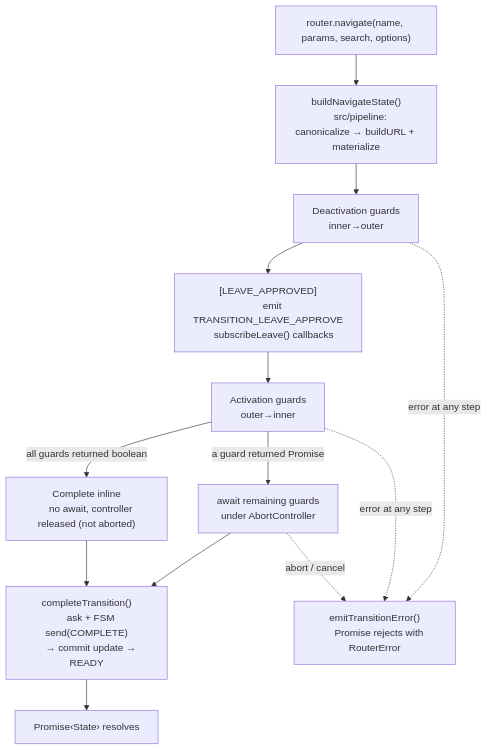
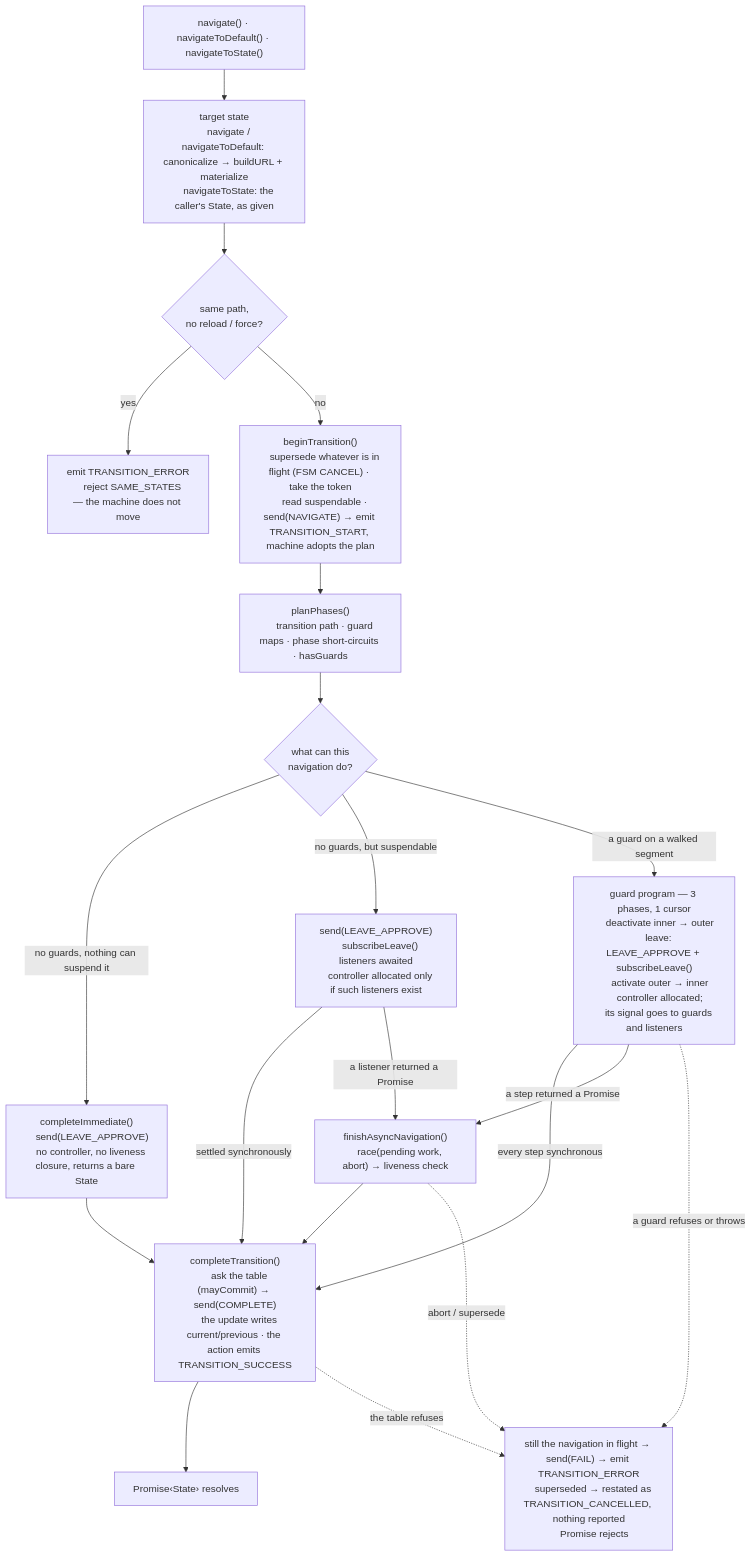
One commit to greydragon888/real-router changed the third of 3 diagrams in ARCHITECTURE.md. Above: the diagram before and after it, drawn with Mermaid. The commit also changed other lines of this file and 29 other files, not shown here.

Commit message:
fix(core): the navigation's identity is the machine's, not the caller's (#1648 #1664) + three table predicates retired (#1669 #1670 #1671) + their records (#1672) (#1673)

````diff
--- a/ARCHITECTURE.md
+++ b/ARCHITECTURE.md
@@ -347,36 +379,60 @@
 ```mermaid
 flowchart TD
-    NAV["router.navigate(name, params, search, options)"] --> BUILD
-    BUILD["buildNavigateState()
-    src/pipeline: canonicalize → buildURL + materialize"] --> DEACTIVATE
-    DEACTIVATE["Deactivation guards
-    inner→outer"]
+    ENTRY["navigate() · navigateToDefault() · navigateToState()"] --> BUILD
 
-    DEACTIVATE --> LEAVE["[LEAVE_APPROVED]
-    emit TRANSITION_LEAVE_APPROVE
-    subscribeLeave() callbacks"]
+    BUILD["target state
+    navigate / navigateToDefault: canonicalize → buildURL + materialize
+    navigateToState: the caller's State, as given"] --> SAME
 
-    LEAVE --> ACTIVATE["Activation guards
-    outer→inner"]
+    SAME{"same path,
+    no reload / force?"}
+    SAME -->|yes| SAMEERR["emit TRANSITION_ERROR
+    reject SAME_STATES — the machine does not move"]
 
-    ACTIVATE -->|all guards returned boolean| SYNC
-    ACTIVATE -->|a guard returned Promise| ASYNC
+    SAME -->|no| BEGIN["beginTransition()
+    supersede whatever is in flight (FSM CANCEL) · take the token
+    read suspendable · send(NAVIGATE) → emit TRANSITION_START, machine adopts the plan"]
 
-    SYNC["Complete inline
-    no await, controller released (not aborted)"]
-    ASYNC["await remaining guards
-    under AbortController"]
+    BEGIN --> PLAN["planPhases()
+    transition path · guard maps · phase short-circuits · hasGuards"]
 
-    SYNC --> COMPLETE
-    ASYNC --> COMPLETE
+    PLAN --> ARC{"what can this
+    navigation do?"}
+
+    ARC -->|"no guards, nothing can suspend it"| IMMEDIATE["completeImmediate()
+    send(LEAVE_APPROVE)
+    no controller, no liveness closure, returns a bare State"]
+
+    ARC -->|"no guards, but suspendable"| LEAVE["send(LEAVE_APPROVE)
+    subscribeLeave() listeners awaited
+    controller allocated only if such listeners exist"]
+
+    ARC -->|"a guard on a walked segment"| GUARDS["guard program — 3 phases, 1 cursor
+    deactivate inner → outer
+    leave: LEAVE_APPROVE + subscribeLeave()
+    activate outer → inner
+    controller allocated;
+    its signal goes to guards and listeners"]
+
+    IMMEDIATE --> COMPLETE
+    LEAVE -->|"settled synchronously"| COMPLETE
+    GUARDS -->|"every step synchronous"| COMPLETE
+    LEAVE -->|"a listener returned a Promise"| ASYNC
+    GUARDS -->|"a step returned a Promise"| ASYNC
+
+    ASYNC["finishAsyncNavigation()
+    race(pending work, abort) → liveness check"] --> COMPLETE
 
     COMPLETE["completeTransition()
-    ask + FSM send(COMPLETE)
-    → commit update → READY"]
+    ask the table (mayCommit) → send(COMPLETE)
+    the update writes current/previous · the action emits TRANSITION_SUCCESS"]
     COMPLETE --> RESOLVE["Promise‹State› resolves"]
 
-    DEACTIVATE -.->|error at any step| ERR["emitTransitionError()
-    Promise rejects with RouterError"]
-    ACTIVATE -.->|error at any step| ERR
-    ASYNC -.->|abort / cancel| ERR
+    GUARDS -.->|"a guard refuses or throws"| ERR
+    ASYNC -.->|"abort / supersede"| ERR
+    COMPLETE -.->|"the table refuses"| ERR
+
+    ERR["still the navigation in flight → send(FAIL) → emit TRANSITION_ERROR
+    superseded → restated as TRANSITION_CANCELLED, nothing reported
+    Promise rejects"]
 ```
````
